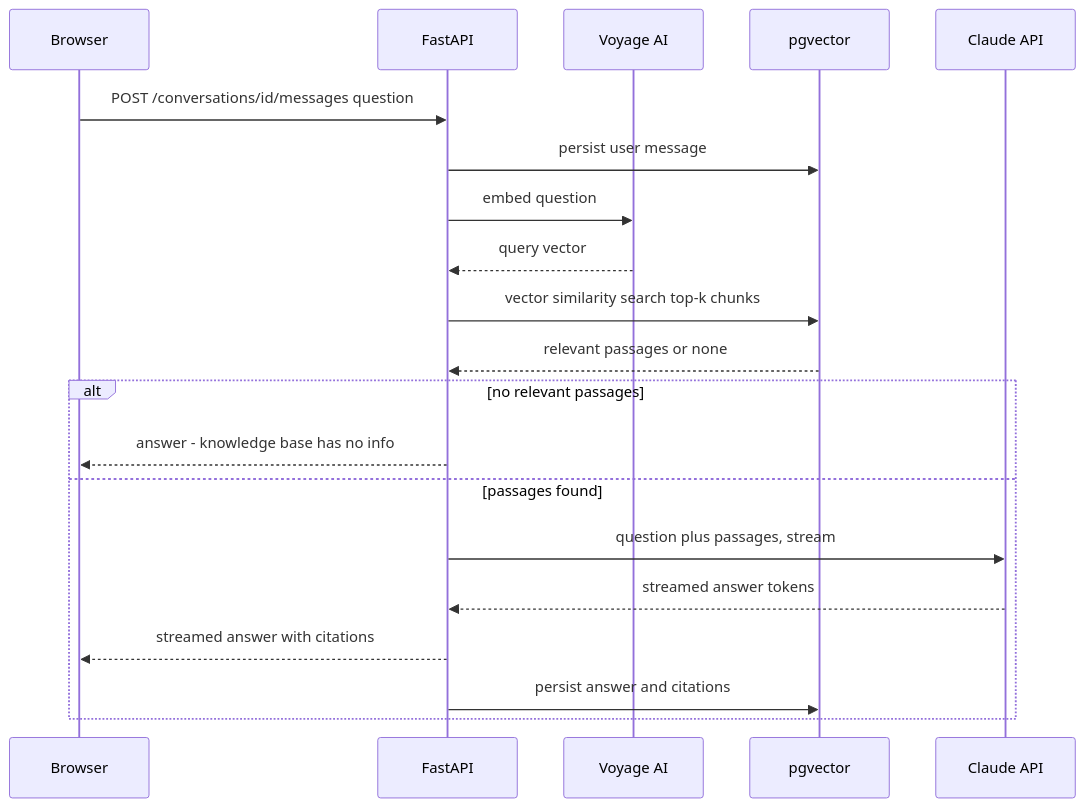
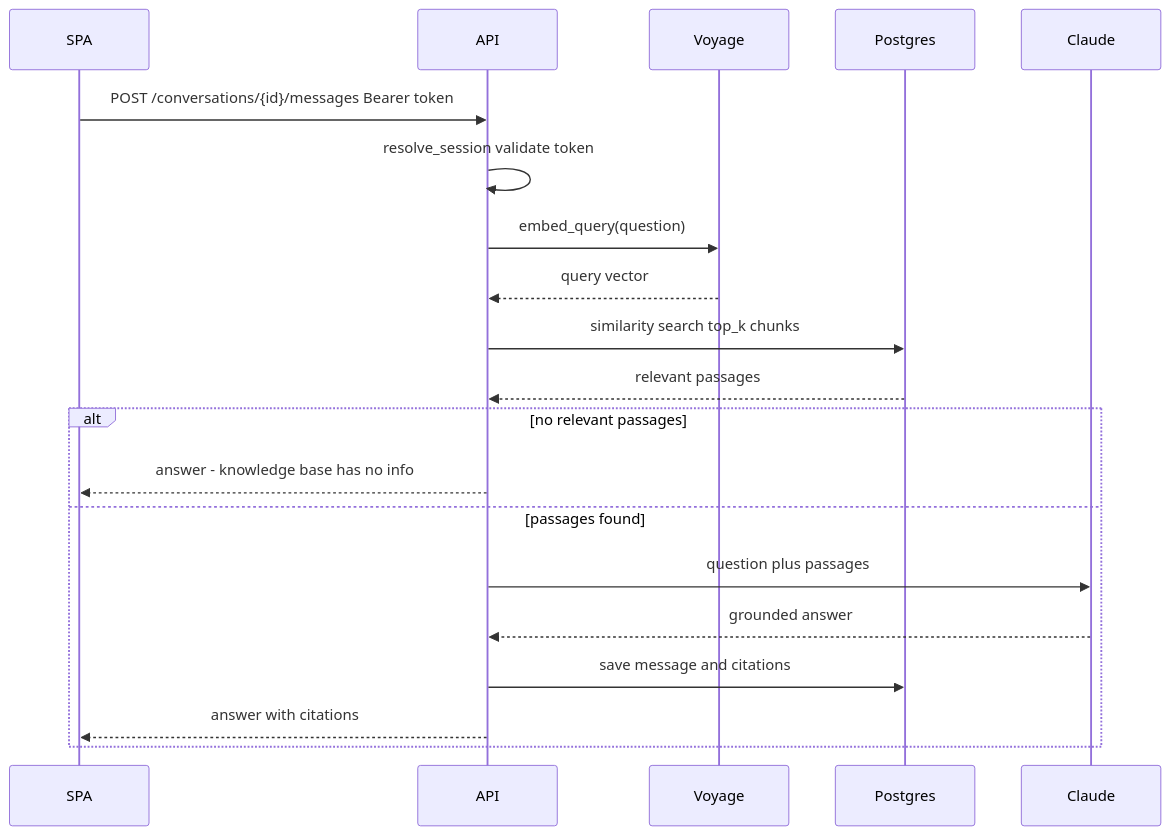
The second of 5 diagrams in docs/sdlc/architecture/README.md (saitejaquorq/blogger), drawn with Mermaid before and after one commit. The commit also changed other lines of this file and 15 other files, not shown here.

````diff
--- a/docs/sdlc/architecture/README.md
+++ b/docs/sdlc/architecture/README.md
@@ -217,22 +158,22 @@
 ```mermaid
 sequenceDiagram
-  participant U as Browser
-  participant A as FastAPI
-  participant V as Voyage AI
-  participant D as pgvector
-  participant C as Claude API
-  U->>A: POST /conversations/id/messages question
-  A->>D: persist user message
-  A->>V: embed question
+  participant U as SPA
+  participant A as API
+  participant V as Voyage
+  participant D as Postgres
+  participant C as Claude
+  U->>A: POST /conversations/{id}/messages Bearer token
+  A->>A: resolve_session validate token
+  A->>V: embed_query(question)
   V-->>A: query vector
-  A->>D: vector similarity search top-k chunks
-  D-->>A: relevant passages or none
+  A->>D: similarity search top_k chunks
+  D-->>A: relevant passages
   alt no relevant passages
     A-->>U: answer - knowledge base has no info
   else passages found
-    A->>C: question plus passages, stream
-    C-->>A: streamed answer tokens
-    A-->>U: streamed answer with citations
-    A->>D: persist answer and citations
+    A->>C: question plus passages
+    C-->>A: grounded answer
+    A->>D: save message and citations
+    A-->>U: answer with citations
   end
 ```
````
